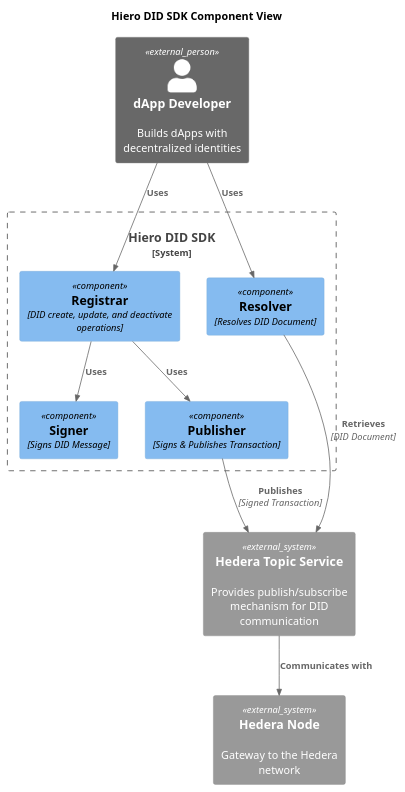
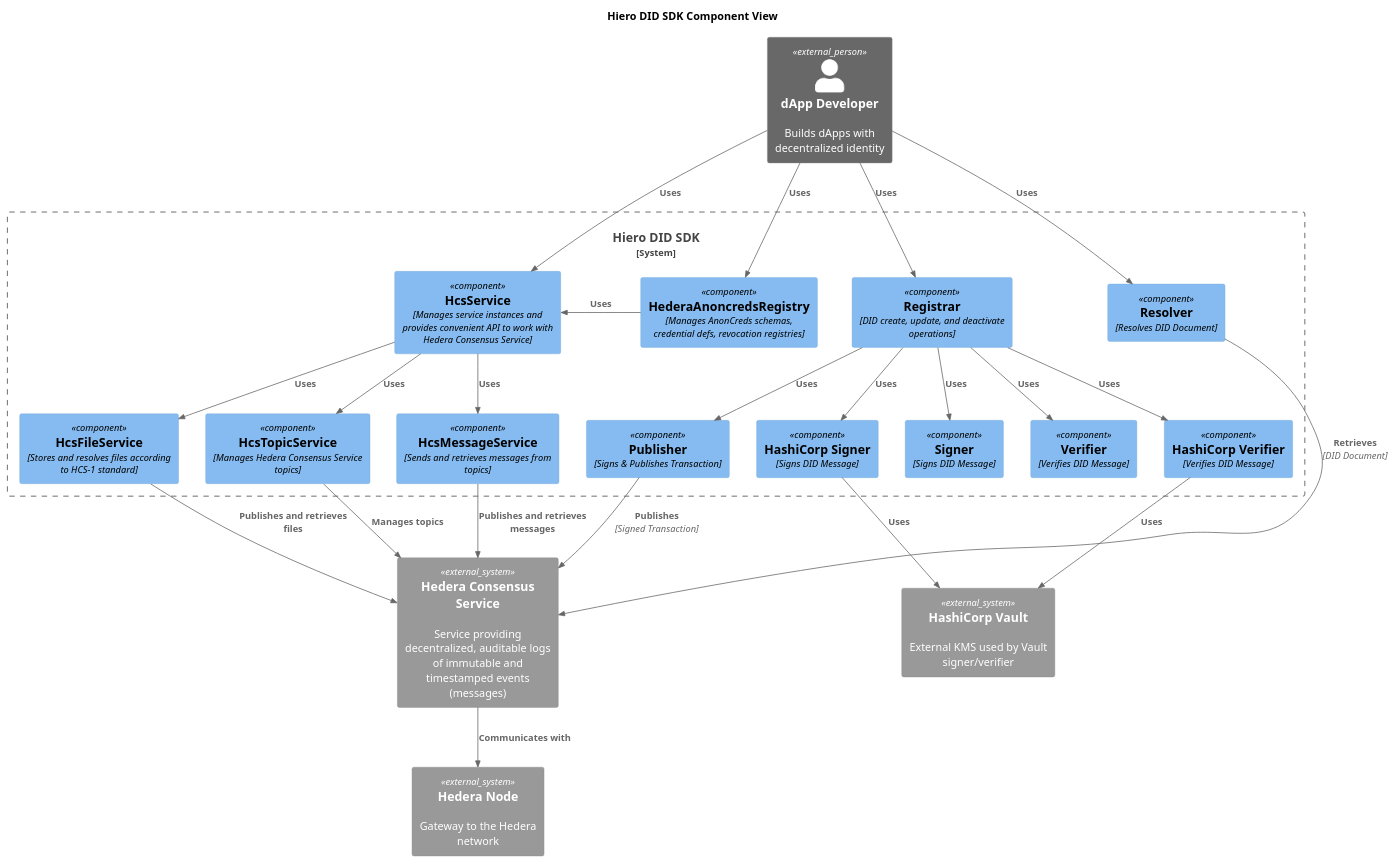
The diagram in docs/modules/ROOT/pages/02-design/diagrams/component-view-diagram.puml (hiero-ledger/hiero-did-sdk-js), drawn with PlantUML before and after one commit. The commit also changed 115 other files, not shown here.

```diff
--- a/docs/modules/ROOT/pages/02-design/diagrams/component-view-diagram.puml
+++ b/docs/modules/ROOT/pages/02-design/diagrams/component-view-diagram.puml
@@ -1,26 +1,65 @@
 @startuml
 !include https://raw.githubusercontent.com/plantuml-stdlib/C4-PlantUML/master/C4_Component.puml
 
 title Hiero DID SDK Component View
 
-Person_Ext(developer, "dApp Developer", "Builds dApps with decentralized identities")
+Person_Ext(developer, "dApp Developer", "Builds dApps with decentralized identity")
 
 System_Boundary(c1, "Hiero DID SDK") {
+
   Component(registrar, "Registrar", "DID create, update, and deactivate operations")
   Component(resolver, "Resolver", "Resolves DID Document")
+  Component(hcsService, "HcsService", "Manages service instances and provides convenient API to work with Hedera Consensus Service")
+  Component(anoncredsRegistry, "HederaAnoncredsRegistry", "Manages AnonCreds schemas, credential defs, revocation registries")
+
   Component(signer, "Signer", "Signs DID Message")
+  Component(verifier, "Verifier", "Verifies DID Message")
+
   Component(publisher, "Publisher", "Signs & Publishes Transaction")
+
+  Component(hashicorpSigner, "HashiCorp Signer", "Signs DID Message")
+  Component(hashicorpVerifier, "HashiCorp Verifier", "Verifies DID Message")
+
+  Component(hcsTopicService, "HcsTopicService", "Manages Hedera Consensus Service topics")
+  Component(hcsMessageService, "HcsMessageService", "Sends and retrieves messages from topics")
+  Component(hcsFileService, "HcsFileService", "Stores and resolves files according to HCS-1 standard")
 }
 
-System_Ext(topic, "Hedera Topic Service", "Provides publish/subscribe mechanism for DID communication")
+System_Ext(hashicorp, "HashiCorp Vault", "External KMS used by Vault signer/verifier")
+
+System_Ext(topic, "Hedera Consensus Service", "Service providing decentralized, auditable logs of immutable and timestamped events (messages)")
 System_Ext(hedera, "Hedera Node", "Gateway to the Hedera network")
 
 Rel(developer, registrar, "Uses")
 Rel(developer, resolver, "Uses")
+Rel(developer, hcsService, "Uses")
+Rel(developer, anoncredsRegistry, "Uses")
+
 Rel(registrar, signer, "Uses")
+Rel(registrar, verifier, "Uses")
+
 Rel(registrar, publisher, "Uses")
+
+Rel(registrar, hashicorpSigner, "Uses")
+Rel(registrar, hashicorpVerifier, "Uses")
+
+Rel(hashicorpSigner, hashicorp, "Uses")
+Rel_R(hashicorpVerifier, hashicorp, "Uses")
+
 Rel(publisher, topic, "Publishes", "Signed Transaction")
 Rel(resolver, topic, "Retrieves", "DID Document")
+
+Rel(hcsService, hcsTopicService, "Uses")
+Rel(hcsService, hcsMessageService, "Uses")
+Rel(hcsService, hcsFileService, "Uses")
+
+Rel(hcsMessageService, topic, "Publishes and retrieves messages")
+Rel(hcsFileService, topic, "Publishes and retrieves files")
+Rel(hcsTopicService, topic, "Manages topics")
+
+Rel_L(anoncredsRegistry, hcsService, "Uses")
+
 Rel(topic, hedera, "Communicates with")
 
+
 @enduml
```
